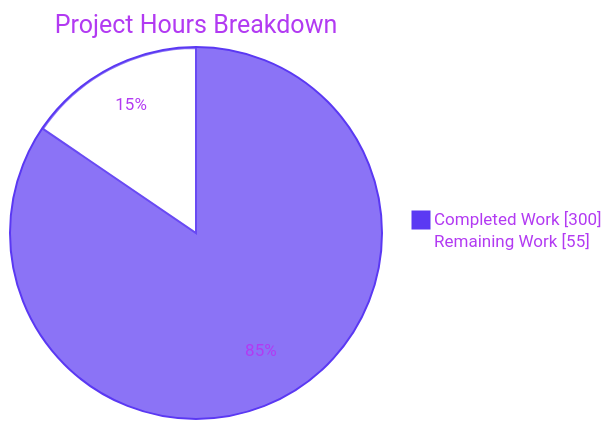
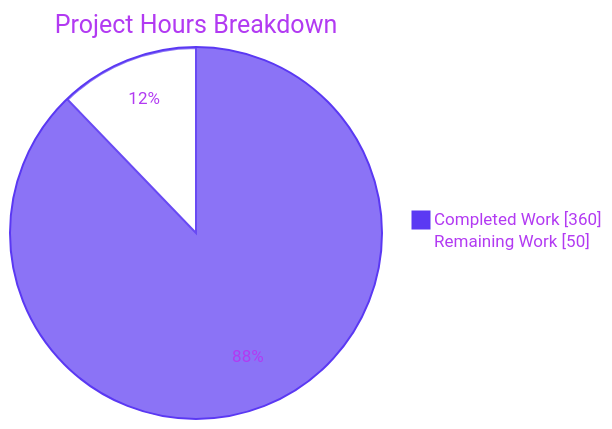
The second of 3 diagrams in blitzy/documentation/Project Guide.md (Blitzy-Sandbox/blitzy-ghostfolio), drawn with Mermaid before and after one commit. The commit also changed other lines of this file, not shown here.

Commit message:
Adding Blitzy Project Guide: Project Status and Human Tasks Remaining

````diff
--- a/blitzy/documentation/Project Guide.md
+++ b/blitzy/documentation/Project Guide.md
@@ -293,6 +251,6 @@
 ```mermaid
 %%{init: {'theme':'base', 'themeVariables': { 'pie1':'#5B39F3', 'pie2':'#FFFFFF', 'pieStrokeColor':'#5B39F3', 'pieOuterStrokeColor':'#5B39F3', 'pieTitleTextColor':'#B23AF2', 'pieSectionTextColor':'#B23AF2', 'pieLegendTextColor':'#B23AF2'}}}%%
 pie showData title Project Hours Breakdown
-    "Completed Work" : 300
-    "Remaining Work" : 55
+    "Completed Work" : 360
+    "Remaining Work" : 50
 ```
````
